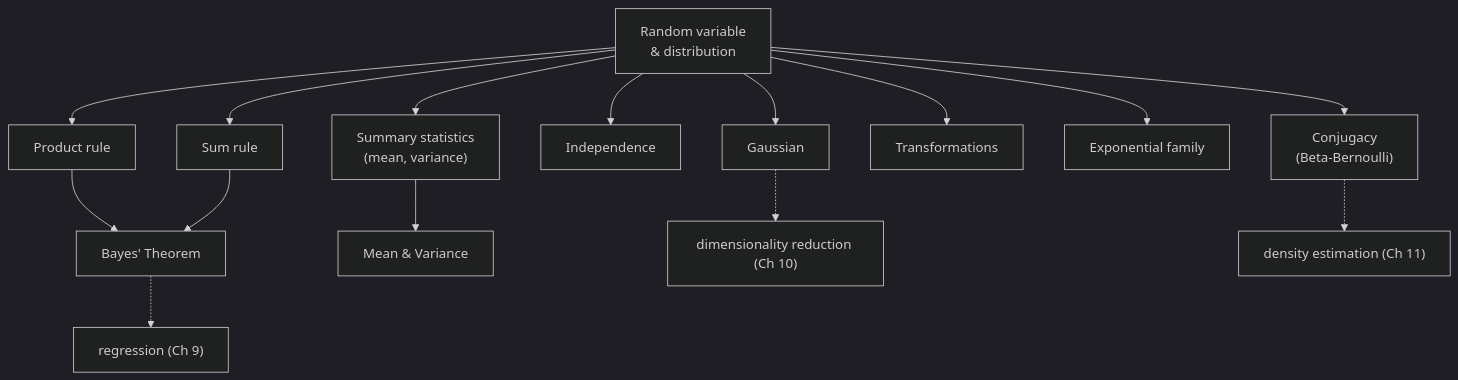
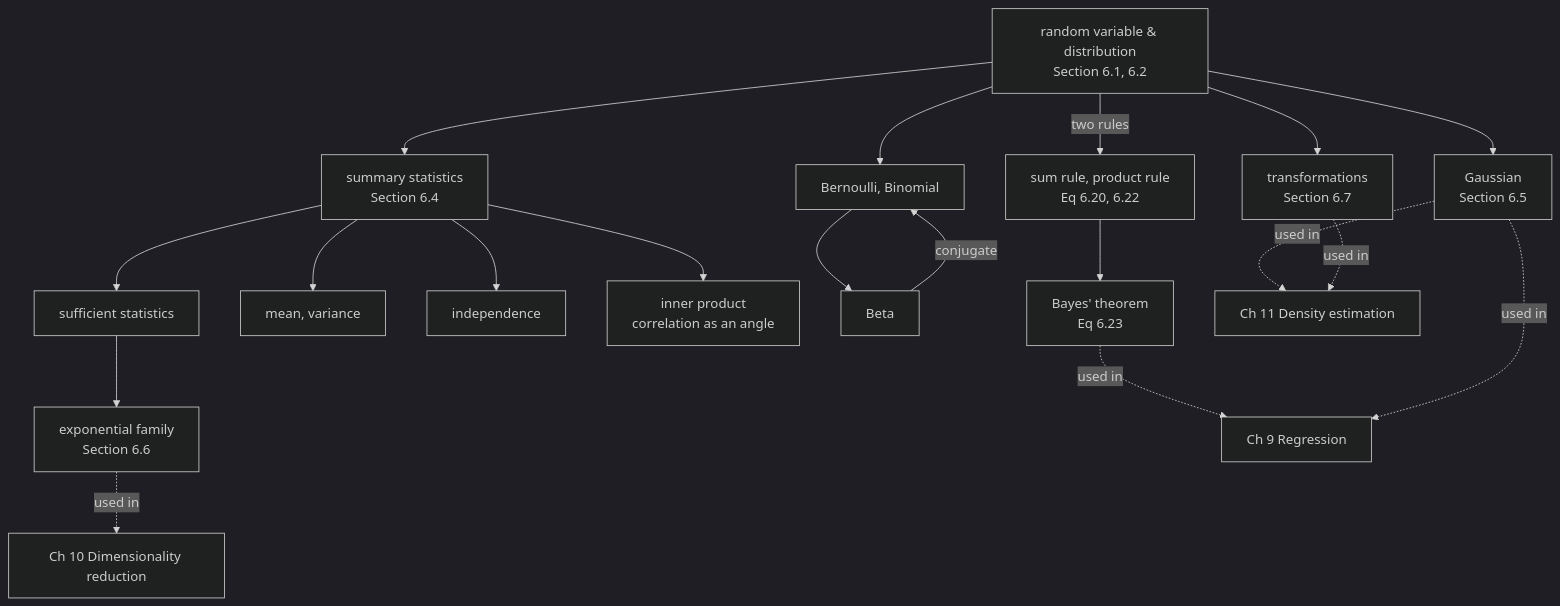
The diagram in src/content/docs/Mathematics for Machine Learning/Chapter 06 - Probability and Distributions/Probability and Distributions Overview.mdx (Ravikisha/PythonCentralHub), drawn with Mermaid (dark theme) before and after one commit. The commit also changed other lines of this file and 1567 other files, not shown here.

````diff
--- a/src/content/docs/Mathematics for Machine Learning/Chapter 06 - Probability and Distributions/Probability and Distributions Overview.mdx
+++ b/src/content/docs/Mathematics for Machine Learning/Chapter 06 - Probability and Distributions/Probability and Distributions Overview.mdx
@@ -24,18 +45,22 @@
 ```mermaid
 flowchart TD
-  RV["Random variable<br/>& distribution"]
-  RV --> SR["Sum rule"]
-  RV --> PR["Product rule"]
-  RV --> SS["Summary statistics<br/>(mean, variance)"]
-  RV --> IND["Independence"]
-  RV --> GAUSS["Gaussian"]
-  RV --> TR["Transformations"]
-  PR --> BAYES["Bayes' Theorem"]
-  SR --> BAYES
-  SS --> MEAN["Mean & Variance"]
-  RV --> EF["Exponential family"]
-  RV --> CONJ["Conjugacy<br/>(Beta-Bernoulli)"]
-  BAYES -.-> REG["regression (Ch 9)"]
-  GAUSS -.-> DR["dimensionality reduction (Ch 10)"]
-  CONJ -.-> DE["density estimation (Ch 11)"]
+  RV["random variable & distribution<br/>Section 6.1, 6.2"]
+  RV -->|"two rules"| SP["sum rule, product rule<br/>Eq 6.20, 6.22"]
+  SP --> BAY["Bayes' theorem<br/>Eq 6.23"]
+  RV --> SS["summary statistics<br/>Section 6.4"]
+  SS --> MV["mean, variance"]
+  SS --> IND["independence"]
+  SS --> IP["inner product<br/>correlation as an angle"]
+  RV --> TR["transformations<br/>Section 6.7"]
+  RV --> G["Gaussian<br/>Section 6.5"]
+  RV --> BER["Bernoulli, Binomial"]
+  BER --> BETA["Beta"]
+  BETA -->|"conjugate"| BER
+  SS --> SUF["sufficient statistics"]
+  SUF --> EF["exponential family<br/>Section 6.6"]
+  BAY -.->|"used in"| C9["Ch 9 Regression"]
+  G -.->|"used in"| C9
+  EF -.->|"used in"| C10["Ch 10 Dimensionality reduction"]
+  G -.->|"used in"| C11["Ch 11 Density estimation"]
+  TR -.->|"used in"| C11
 ```
````
